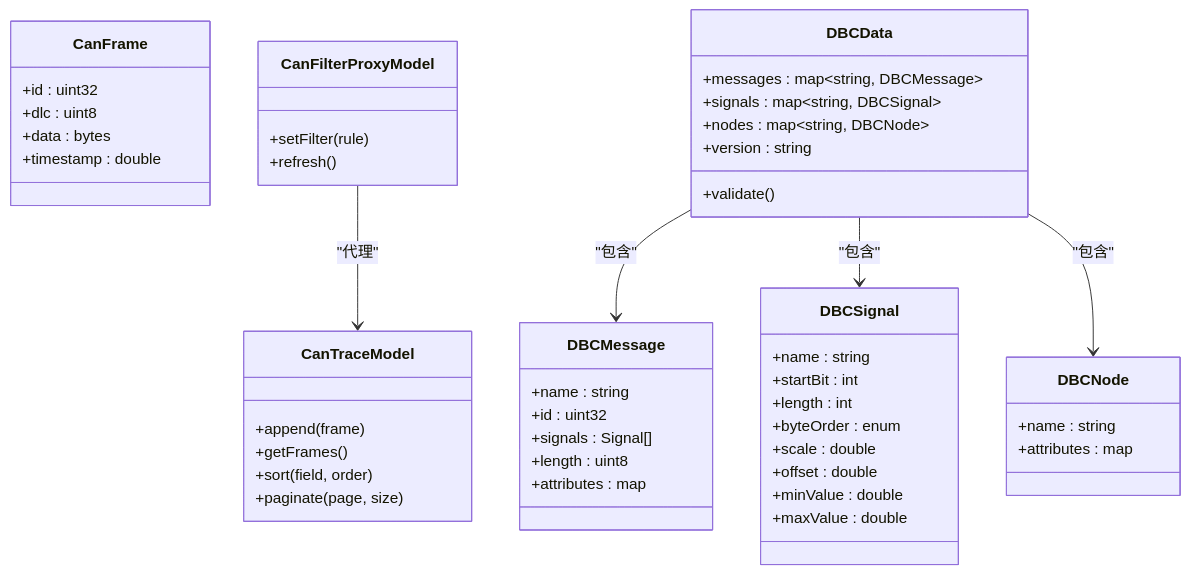
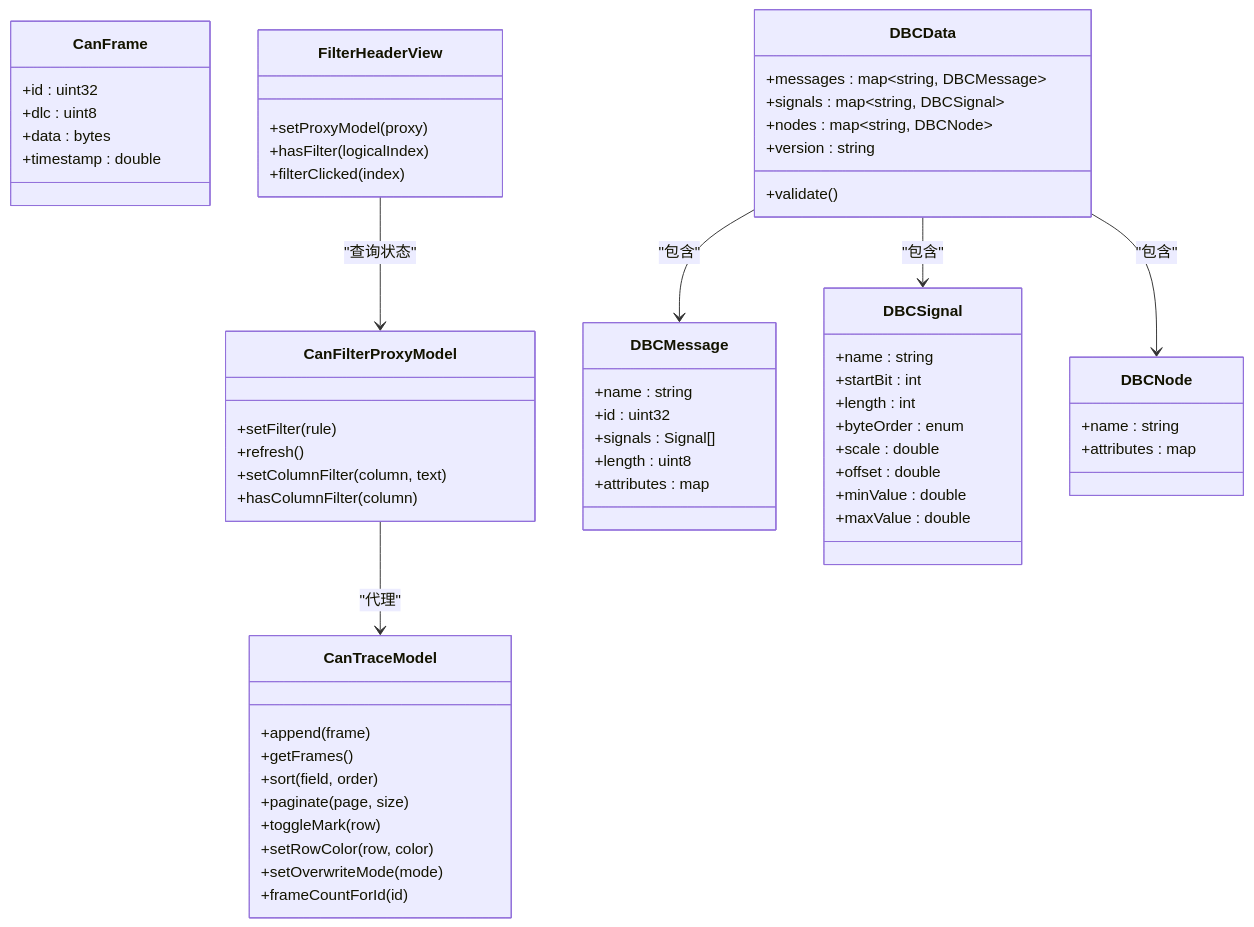
Before and after one commit to jakecai1225-design/OpenBus: the third of 7 diagrams in .qoder/repowiki/zh/content/项目概述/CAN总线分析工具.md, drawn with Mermaid. The commit also changed other lines of this file and 13 other files, not shown here.

````diff
--- a/.qoder/repowiki/zh/content/项目概述/CAN总线分析工具.md
+++ b/.qoder/repowiki/zh/content/项目概述/CAN总线分析工具.md
@@ -392,51 +427,63 @@
 ```mermaid
 classDiagram
 class CanFrame {
 +id : uint32
 +dlc : uint8
 +data : bytes
 +timestamp : double
 }
 class CanTraceModel {
 +append(frame)
 +getFrames()
 +sort(field, order)
 +paginate(page, size)
++toggleMark(row)
++setRowColor(row, color)
++setOverwriteMode(mode)
++frameCountForId(id)
 }
 class CanFilterProxyModel {
 +setFilter(rule)
 +refresh()
++setColumnFilter(column, text)
++hasColumnFilter(column)
+}
+class FilterHeaderView {
++setProxyModel(proxy)
++hasFilter(logicalIndex)
++filterClicked(index)
 }
 class DBCMessage {
 +name : string
 +id : uint32
 +signals : Signal[]
 +length : uint8
 +attributes : map
 }
 class DBCSignal {
 +name : string
 +startBit : int
 +length : int
 +byteOrder : enum
 +scale : double
 +offset : double
 +minValue : double
 +maxValue : double
 }
 class DBCNode {
 +name : string
 +attributes : map
 }
 class DBCData {
 +messages : map~string, DBCMessage~
 +signals : map~string, DBCSignal~
 +nodes : map~string, DBCNode~
 +version : string
 +validate()
 }
 CanFilterProxyModel --> CanTraceModel : "代理"
+FilterHeaderView --> CanFilterProxyModel : "查询状态"
 DBCData --> DBCMessage : "包含"
 DBCData --> DBCSignal : "包含"
 DBCData --> DBCNode : "包含"
 ```
````
